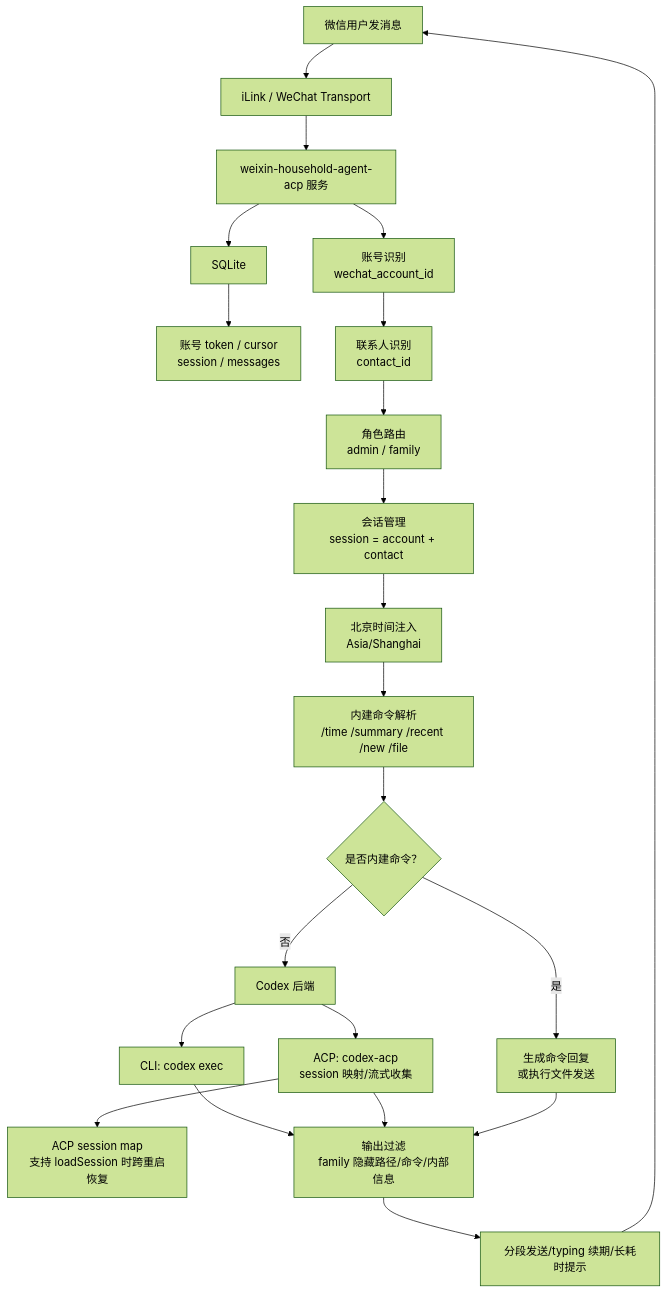
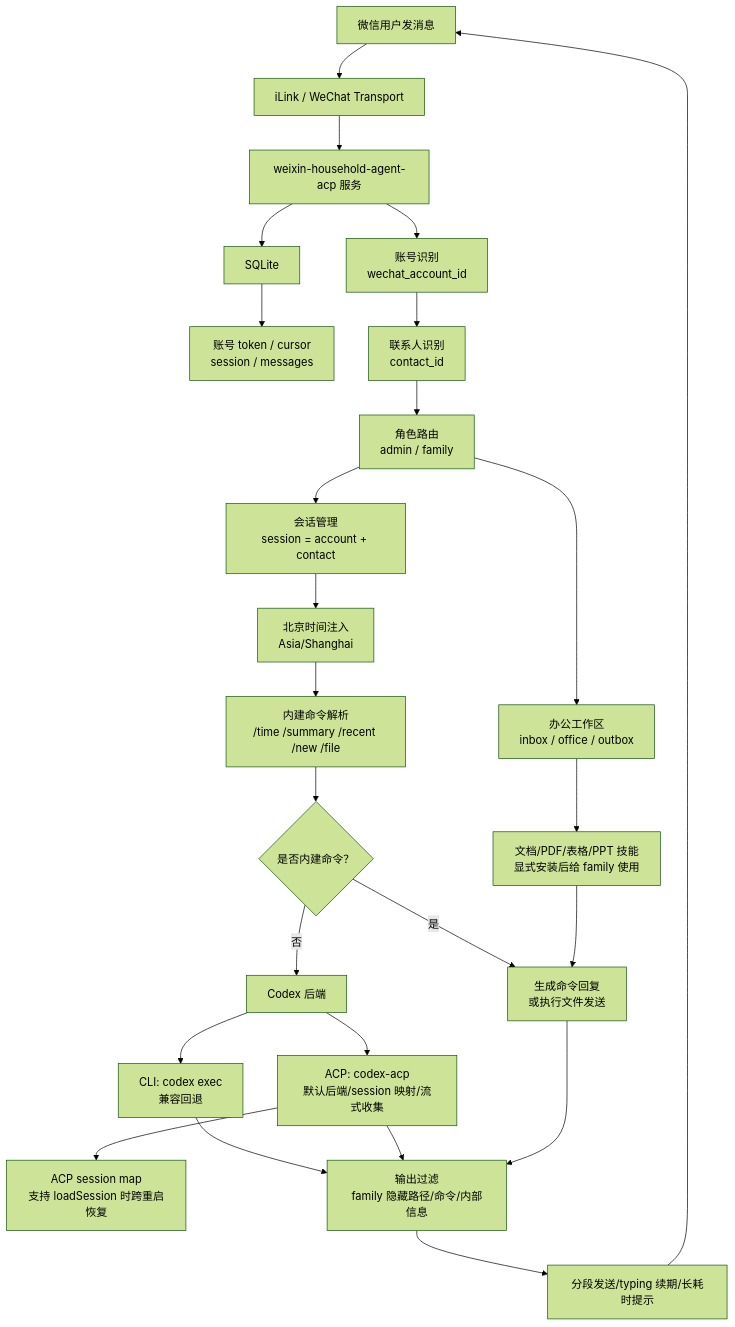
The diagram in README.md (thekfjie/weixin-household-agent-acp), drawn with Mermaid (forest theme) before and after one commit. The commit also changed other lines of this file and 15 other files, not shown here.

Commit message:
feat: default to acp and add office workspace

````diff
--- a/README.md
+++ b/README.md
@@ -119,24 +136,27 @@
 ```mermaid
 flowchart TD
   A["微信用户发消息"] --> B["iLink / WeChat Transport"]
   B --> C["weixin-household-agent-acp 服务"]
   C --> D["账号识别<br/>wechat_account_id"]
   C --> DB["SQLite"]
   DB --> DB1["账号 token / cursor<br/>session / messages"]
   D --> E["联系人识别<br/>contact_id"]
   E --> F["角色路由<br/>admin / family"]
   F --> G["会话管理<br/>session = account + contact"]
   G --> T["北京时间注入<br/>Asia/Shanghai"]
   T --> CMD["内建命令解析<br/>/time /summary /recent /new /file"]
   CMD --> Q{"是否内建命令？"}
   Q -->|"是"| R["生成命令回复<br/>或执行文件发送"]
   Q -->|"否"| S["Codex 后端"]
-  S --> S1["CLI: codex exec"]
-  S --> S2["ACP: codex-acp<br/>session 映射/流式收集"]
+  S --> S1["CLI: codex exec<br/>兼容回退"]
+  S --> S2["ACP: codex-acp<br/>默认后端/session 映射/流式收集"]
   S2 --> M["ACP session map<br/>支持 loadSession 时跨重启恢复"]
+  F --> W["办公工作区<br/>inbox / office / outbox"]
+  W --> OX["文档/PDF/表格/PPT 技能<br/>显式安装后给 family 使用"]
+  OX --> R
   S1 --> O["输出过滤<br/>family 隐藏路径/命令/内部信息"]
   S2 --> O
   R --> O
   O --> P["分段发送/typing 续期/长耗时提示"]
   P --> A
 ```
````
